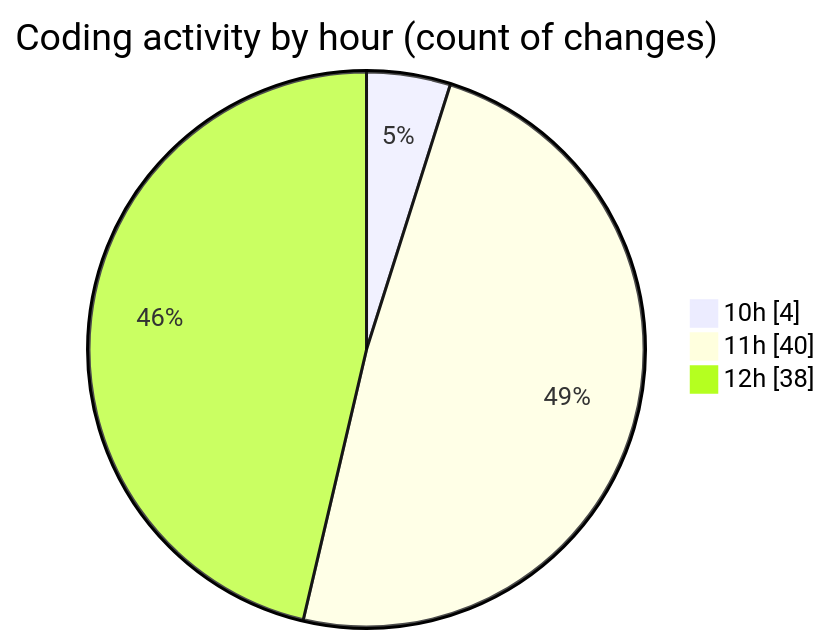
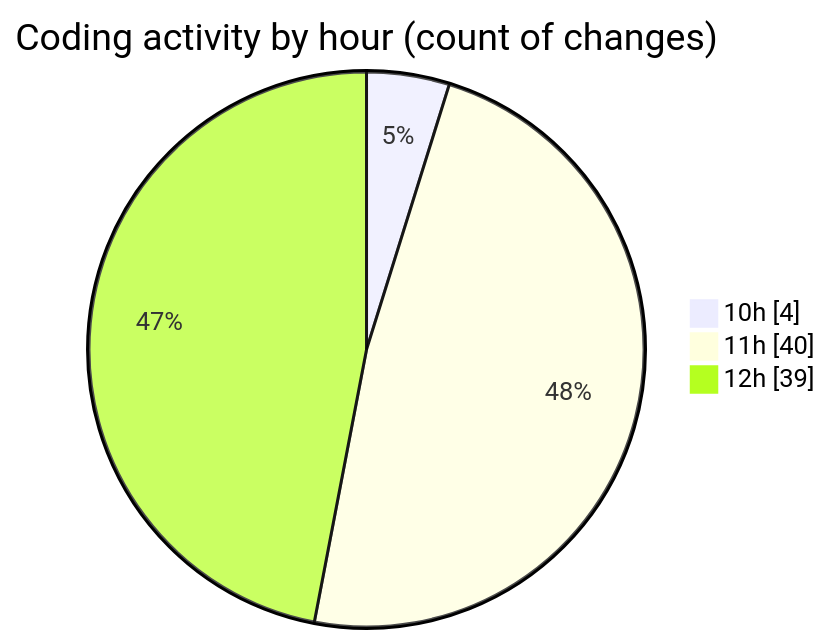
One commit to nxtqubesakshisongat/code-tracking changed the second of 2 diagrams in 2025-07-28/nxtqube_webapp/README.md. Above: the diagram before and after it, drawn with Mermaid. The commit also changed other lines of this file and 1 other file, not shown here.

````diff
--- a/2025-07-28/nxtqube_webapp/README.md
+++ b/2025-07-28/nxtqube_webapp/README.md
@@ -54,7 +54,7 @@
 ```mermaid
 pie showData
 title Coding activity by hour (count of changes)
 "10h" : 4
 "11h" : 40
-"12h" : 38
+"12h" : 39
 ```
````
